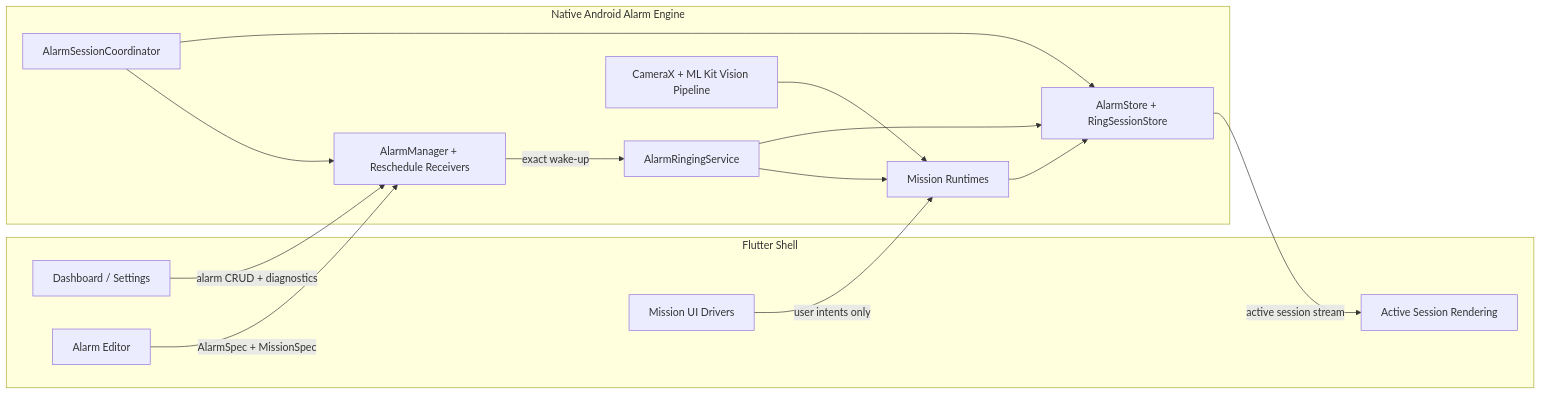
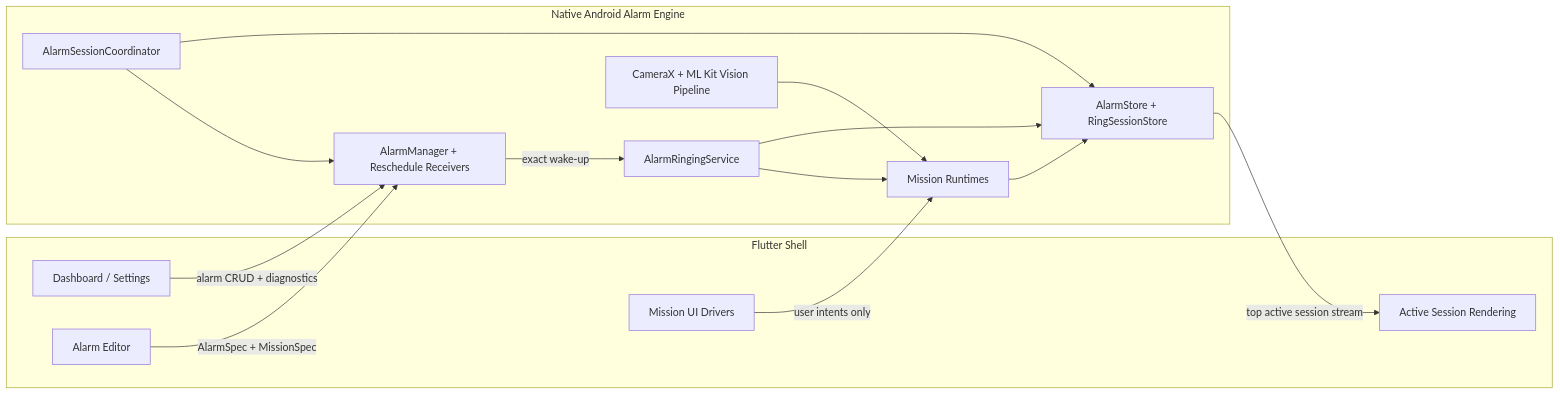
The diagram in README.md (NFRohan/NeoAlarm), drawn with Mermaid before and after one commit. The commit also changed other lines of this file and 18 other files, not shown here.

````diff
--- a/README.md
+++ b/README.md
@@ -49,30 +49,30 @@
 ```mermaid
 flowchart LR
     subgraph Flutter["Flutter Shell"]
         Dashboard["Dashboard / Settings"]
         Editor["Alarm Editor"]
         MissionUI["Mission UI Drivers"]
         SessionStream["Active Session Rendering"]
     end
 
     subgraph Native["Native Android Alarm Engine"]
         Scheduler["AlarmManager + Reschedule Receivers"]
         SessionStore["AlarmStore + RingSessionStore"]
         Coordinator["AlarmSessionCoordinator"]
         Service["AlarmRingingService"]
         Runtime["Mission Runtimes"]
         Vision["CameraX + ML Kit Vision Pipeline"]
     end
 
     Dashboard -->|"alarm CRUD + diagnostics"| Scheduler
     Editor -->|"AlarmSpec + MissionSpec"| Scheduler
     Scheduler -->|"exact wake-up"| Service
     Service --> SessionStore
     Service --> Runtime
     Runtime --> SessionStore
     Coordinator --> SessionStore
     Coordinator --> Scheduler
     Vision --> Runtime
     MissionUI -->|"user intents only"| Runtime
-    SessionStore -->|"active session stream"| SessionStream
+    SessionStore -->|"top active session stream"| SessionStream
 ```
````
